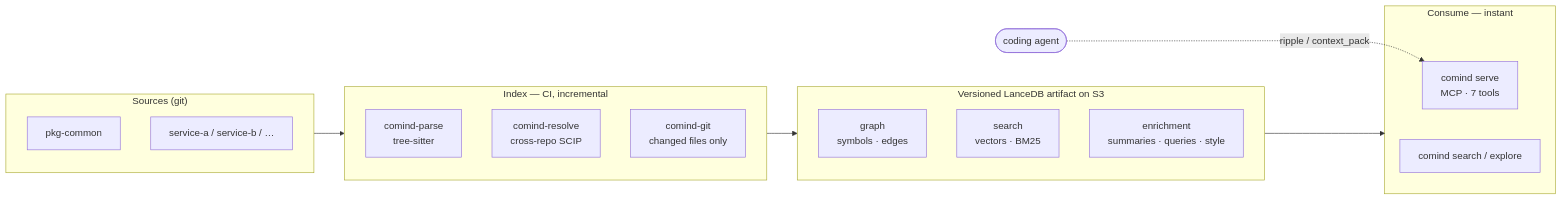
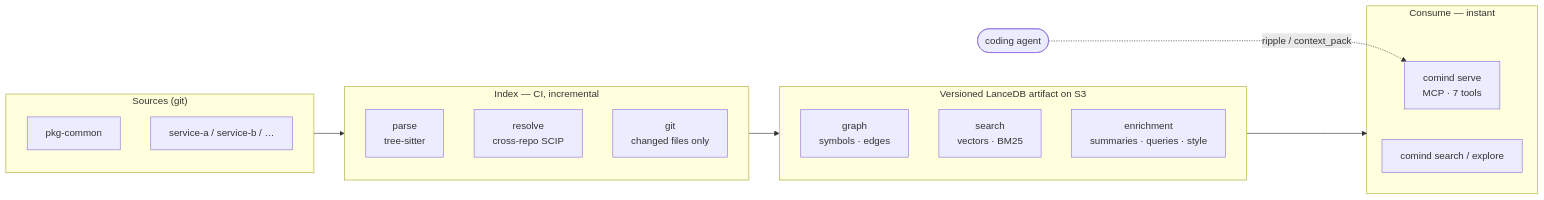
One commit to sayef/comind changed the diagram in README.md. Above: the diagram before and after it, drawn with Mermaid. The commit also changed other lines of this file and 31 other files, not shown here.

````diff
--- a/README.md
+++ b/README.md
@@ -98,23 +98,23 @@
 ```mermaid
 flowchart LR
     subgraph SRC["Sources (git)"]
         R1["pkg-common"]
         R2["service-a / service-b / …"]
     end
     subgraph IDX["Index — CI, incremental"]
-        P["comind-parse<br/>tree-sitter"]
-        RS["comind-resolve<br/>cross-repo SCIP"]
-        G["comind-git<br/>changed files only"]
+        P["parse<br/>tree-sitter"]
+        RS["resolve<br/>cross-repo SCIP"]
+        G["git<br/>changed files only"]
     end
     subgraph ART["Versioned LanceDB artifact on S3"]
         GR["graph<br/>symbols · edges"]
         SE["search<br/>vectors · BM25"]
         EN["enrichment<br/>summaries · queries · style"]
     end
     subgraph USE["Consume — instant"]
         MCP["comind serve<br/>MCP · 7 tools"]
         CLI["comind search / explore"]
     end
     SRC --> IDX --> ART --> USE
     AGENT(["coding agent"]) -. ripple / context_pack .-> MCP
 ```
````
